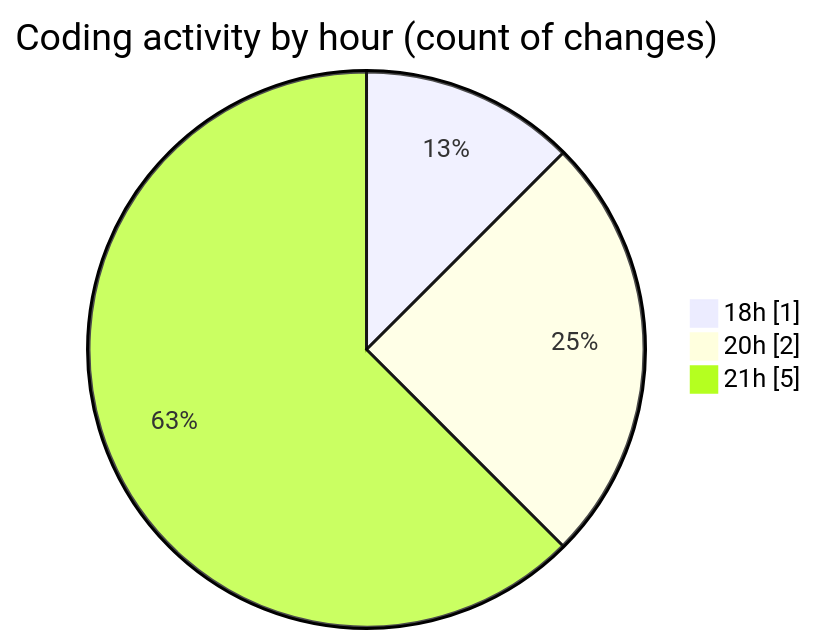
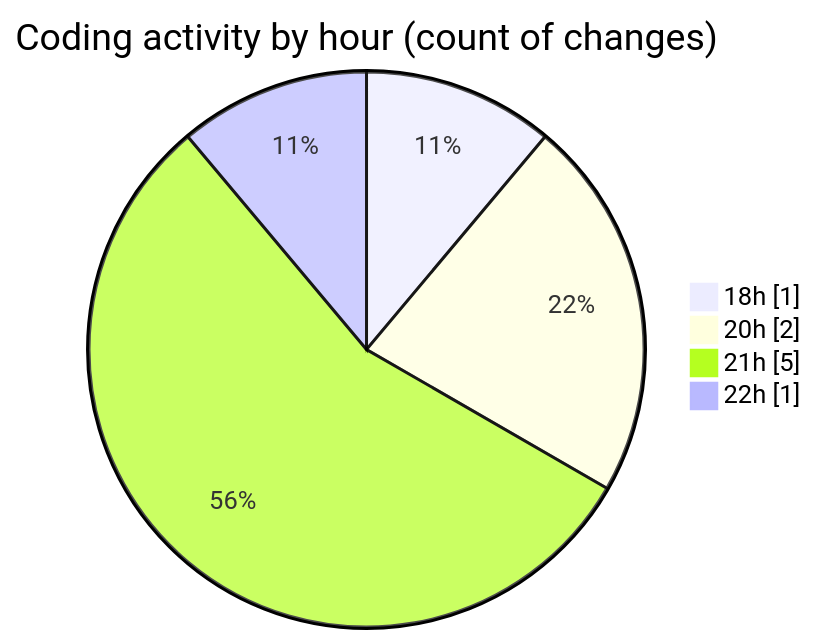
One commit to NitaiMahat/code-tracking changed the second of 2 diagrams in 2025-02-27/project1/README.md. Above: the diagram before and after it, drawn with Mermaid. The commit also changed other lines of this file and 1 other file, not shown here.

````diff
--- a/2025-02-27/project1/README.md
+++ b/2025-02-27/project1/README.md
@@ -28,7 +29,8 @@
 ```mermaid
 pie showData
 title Coding activity by hour (count of changes)
 "18h" : 1
 "20h" : 2
 "21h" : 5
+"22h" : 1
 ```
````
